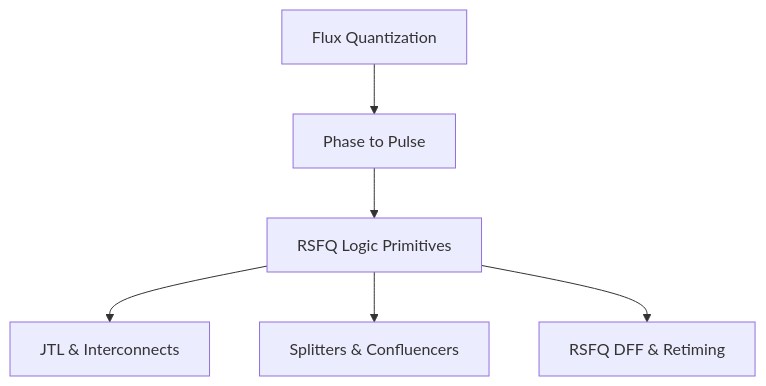
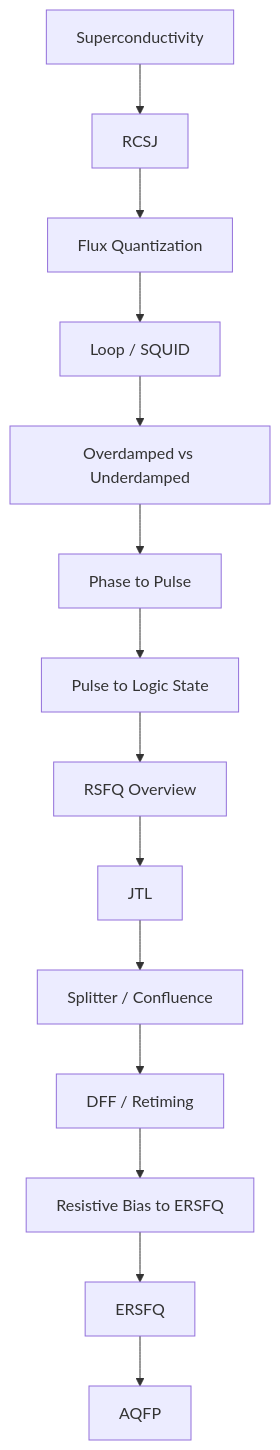
One commit to Single-Flux-Quantum/sfq-learn-public changed the diagram in docs/tracks/sfq-logic-primitives/ROADMAP.md. Above: the diagram before and after it, drawn with Mermaid. The commit also changed other lines of this file and 41 other files, not shown here.

````diff
--- a/docs/tracks/sfq-logic-primitives/ROADMAP.md
+++ b/docs/tracks/sfq-logic-primitives/ROADMAP.md
@@ -10,8 +10,16 @@
 ```mermaid
 graph TD
-    F1[Flux Quantization] --> B1[Phase to Pulse]
-    B1 --> C1[RSFQ Logic Primitives]
-    C1 --> C2[JTL & Interconnects]
-    C1 --> C3[Splitters & Confluencers]
-    C1 --> C4[RSFQ DFF & Retiming]
+    F0[Superconductivity] --> F1[RCSJ]
+    F1 --> F2[Flux Quantization]
+    F2 --> F3[Loop / SQUID]
+    F3 --> F4[Overdamped vs Underdamped]
+    F4 --> B1[Phase to Pulse]
+    B1 --> B2[Pulse to Logic State]
+    B2 --> C0[RSFQ Overview]
+    C0 --> C1[JTL]
+    C1 --> C2[Splitter / Confluence]
+    C2 --> C3[DFF / Retiming]
+    C3 --> B4[Resistive Bias to ERSFQ]
+    B4 --> C4[ERSFQ]
+    C4 --> C5[AQFP]
 ```
````
